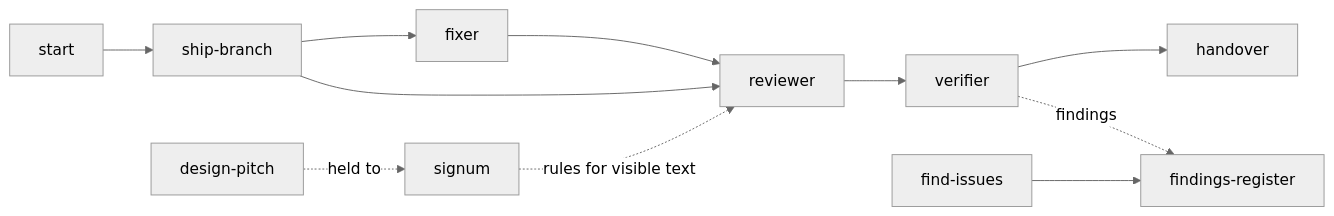
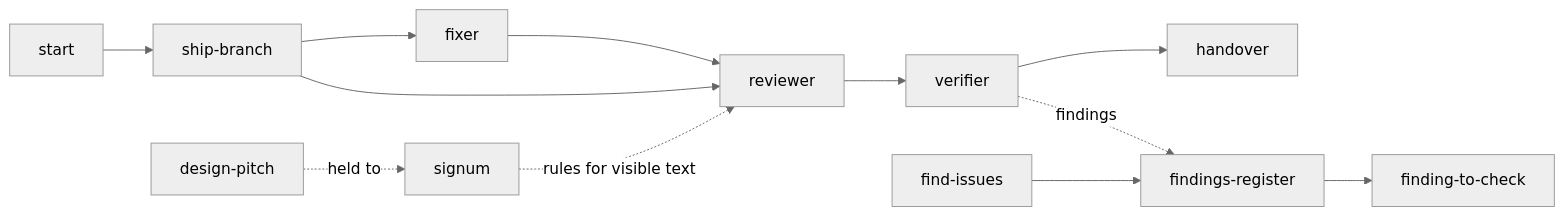
The diagram in README.md (tlxq/ttoolbox), drawn with Mermaid (neutral theme) before and after one commit. The commit also changed other lines of this file and 1 other file, not shown here.

First line of the commit message:
feat: finding-to-check skill (#8)

````diff
--- a/README.md
+++ b/README.md
@@ -71,13 +72,14 @@
 ```mermaid
 flowchart LR
   start --> ship[ship-branch]
   ship --> fixer
   fixer --> reviewer
   ship --> reviewer
   reviewer --> verifier
   verifier --> handover
   signum -. rules for visible text .-> reviewer
   pitch[design-pitch] -. held to .-> signum
   find[find-issues] --> register[findings-register]
+  register --> check[finding-to-check]
   verifier -. findings .-> register
 ```
````
